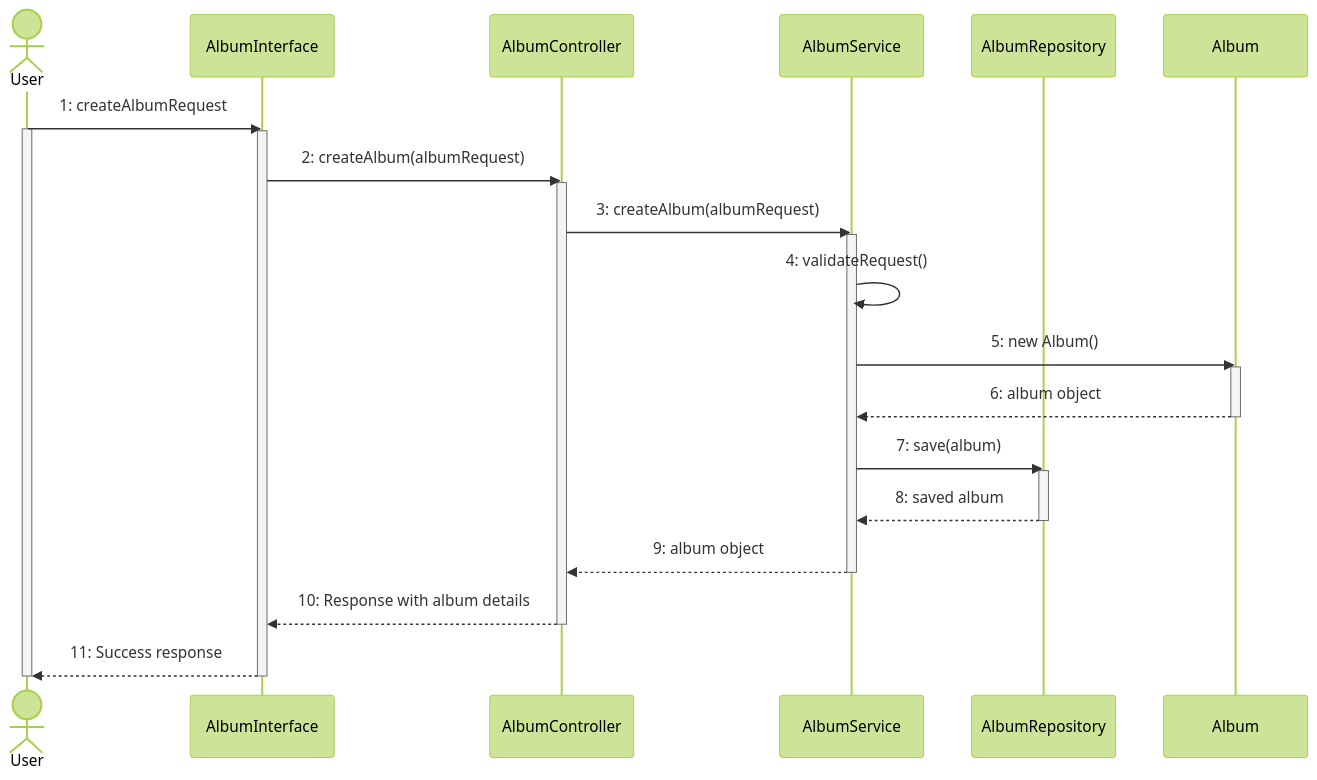
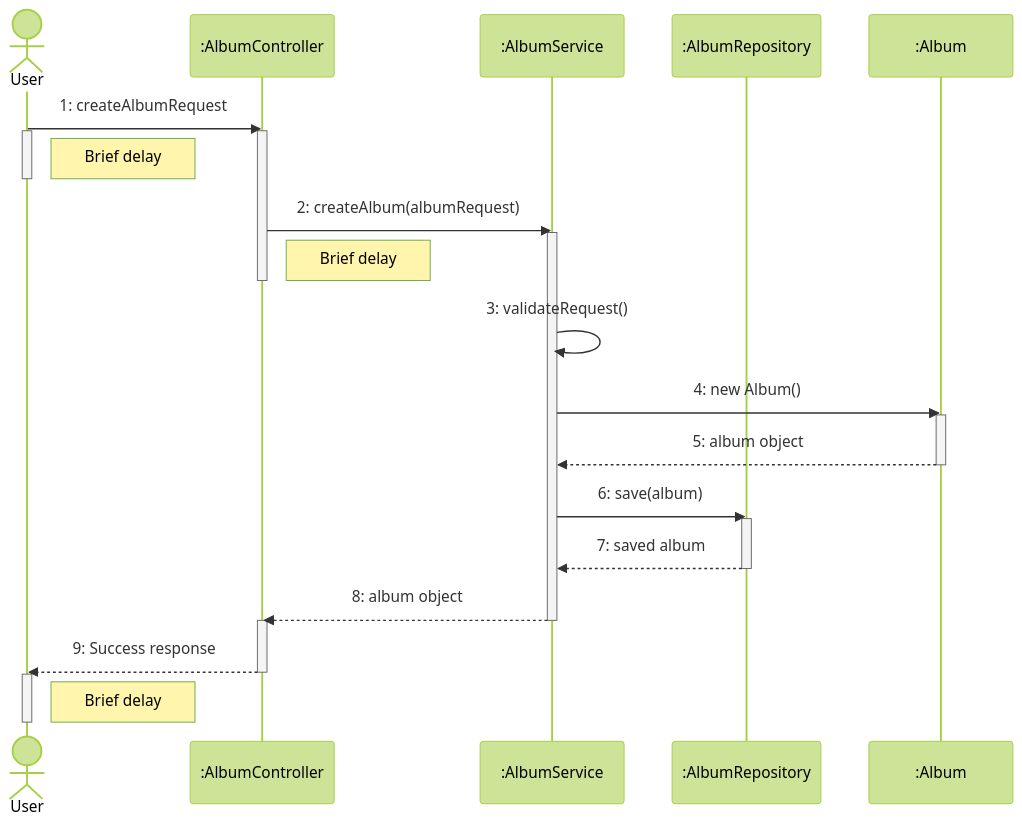
The sixth of 15 diagrams in README.md (lightmon233/Memento), drawn with Mermaid (forest theme) before and after one commit. The commit also changed other lines of this file, not shown here.

````diff
--- a/README.md
+++ b/README.md
@@ -283,40 +295,35 @@
 ```mermaid
 sequenceDiagram
-    actor User
-    participant AlbumInterface
-    participant AlbumController
-    participant AlbumService
-    participant AlbumRepository
-    
-    User ->> AlbumInterface: 1: createAlbumRequest
+    actor User 
+    participant AlbumController as :AlbumController
+    participant AlbumService as :AlbumService
+    participant AlbumRepository as :AlbumRepository
+    participant Album as :Album
+
+    User->>AlbumController: 1: createAlbumRequest
     activate User
-    activate AlbumInterface
-    
-    AlbumInterface ->> AlbumController: 2: createAlbum(albumRequest)
     activate AlbumController
-    
-    AlbumController ->> AlbumService: 3: createAlbum(albumRequest)
+    Note right of User: Brief delay
+    deactivate User
+    AlbumController->>AlbumService: 2: createAlbum(albumRequest)
     activate AlbumService
-    
-    AlbumService ->> AlbumService: 4: validateRequest()
-    
-    AlbumService ->> Album: 5: new Album()
+    Note right of AlbumController: Brief delay
+    deactivate AlbumController
+    AlbumService->>AlbumService: 3: validateRequest()
+    AlbumService->>Album: 4: new Album()
     activate Album
-    Album -->> AlbumService: 6: album object
+    Album-->>AlbumService: 5: album object
     deactivate Album
-    
-    AlbumService ->> AlbumRepository: 7: save(album)
+    AlbumService->>AlbumRepository: 6: save(album)
     activate AlbumRepository
-    AlbumRepository -->> AlbumService: 8: saved album
+    AlbumRepository-->>AlbumService: 7: saved album
     deactivate AlbumRepository
-    
-    AlbumService -->> AlbumController: 9: album object
+    AlbumService-->>AlbumController: 8: album object
     deactivate AlbumService
-    
-    AlbumController -->> AlbumInterface: 10: Response with album details
+    activate AlbumController
+    AlbumController-->>User: 9: Success response
     deactivate AlbumController
-    
-    AlbumInterface -->> User: 11: Success response
-    deactivate AlbumInterface
-    deactivate User
+	activate User
+	Note right of User: Brief delay
+	deactivate User
 ```
````
